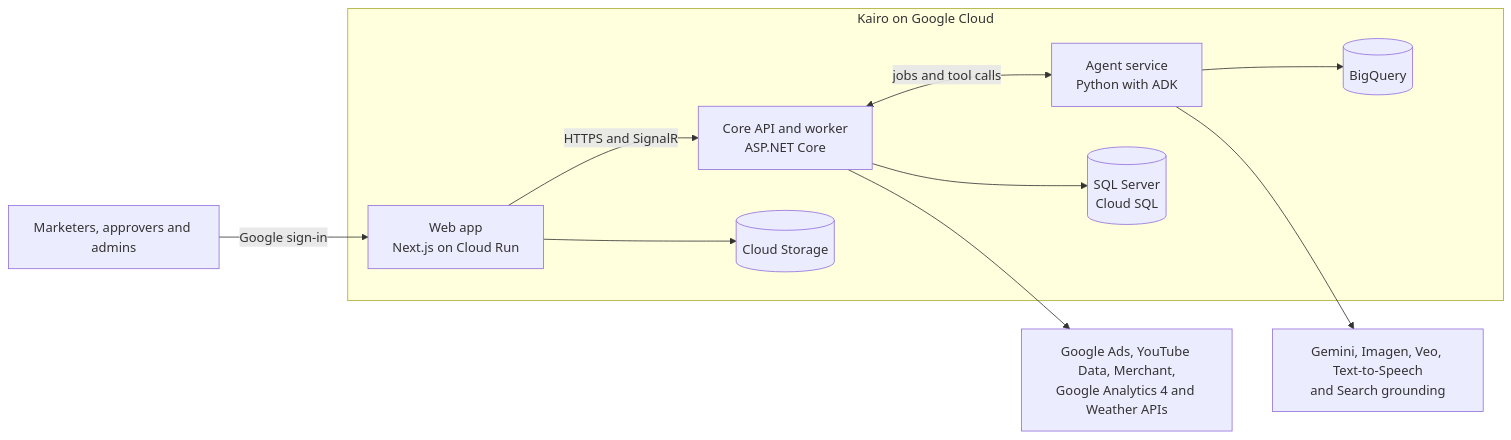
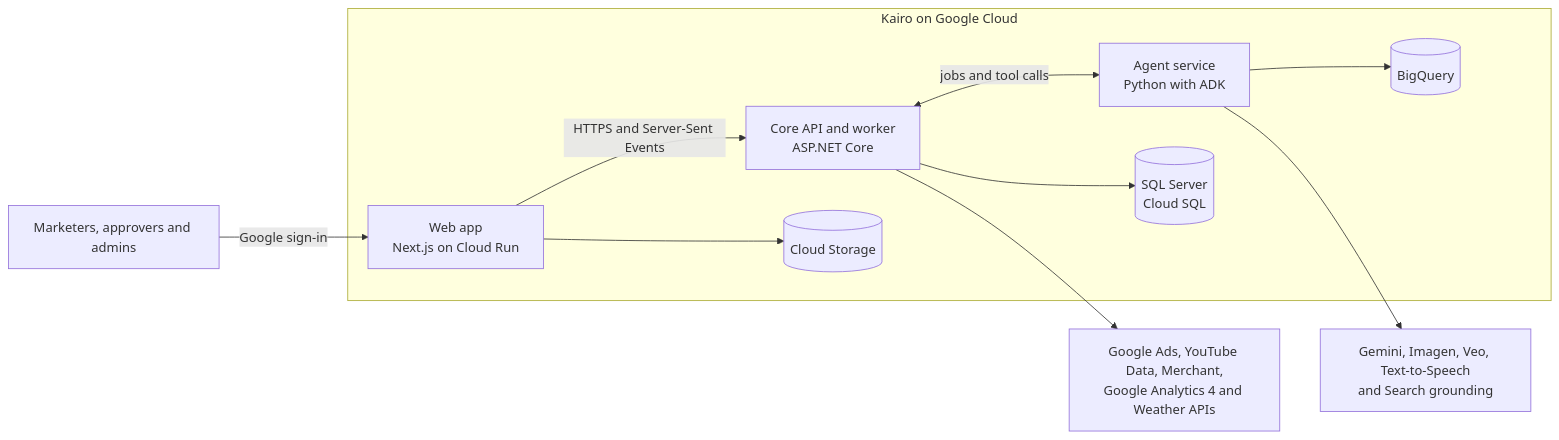
Before and after one commit to NencyBatada/Kairo: the first of 2 diagrams in docs/Kairo-SAD.md, drawn with Mermaid. The commit also changed other lines of this file and 1 other file, not shown here.

Commit message:
Describe live updates as Server-Sent Events from a SQL Server outbox in the SAD

````diff
--- a/docs/Kairo-SAD.md
+++ b/docs/Kairo-SAD.md
@@ -11,13 +11,13 @@
 ```mermaid
 flowchart LR
     U["Marketers, approvers and admins"] -->|Google sign-in| W
     subgraph K["Kairo on Google Cloud"]
-        W["Web app<br/>Next.js on Cloud Run"] -->|HTTPS and SignalR| C["Core API and worker<br/>ASP.NET Core"]
+        W["Web app<br/>Next.js on Cloud Run"] -->|HTTPS and Server-Sent Events| C["Core API and worker<br/>ASP.NET Core"]
         C <-->|jobs and tool calls| A["Agent service<br/>Python with ADK"]
         W --> F[("Cloud Storage")]
         C --> S[("SQL Server<br/>Cloud SQL")]
         A --> B[("BigQuery")]
     end
     C --> X["Google Ads, YouTube Data, Merchant,<br/>Google Analytics 4 and Weather APIs"]
     A --> M["Gemini, Imagen, Veo, Text-to-Speech<br/>and Search grounding"]
 ```
````
